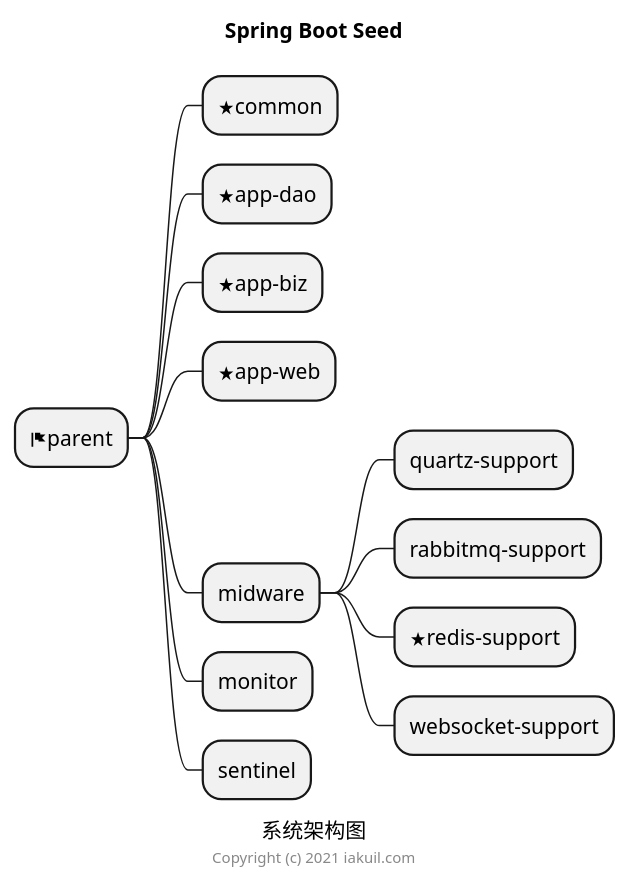
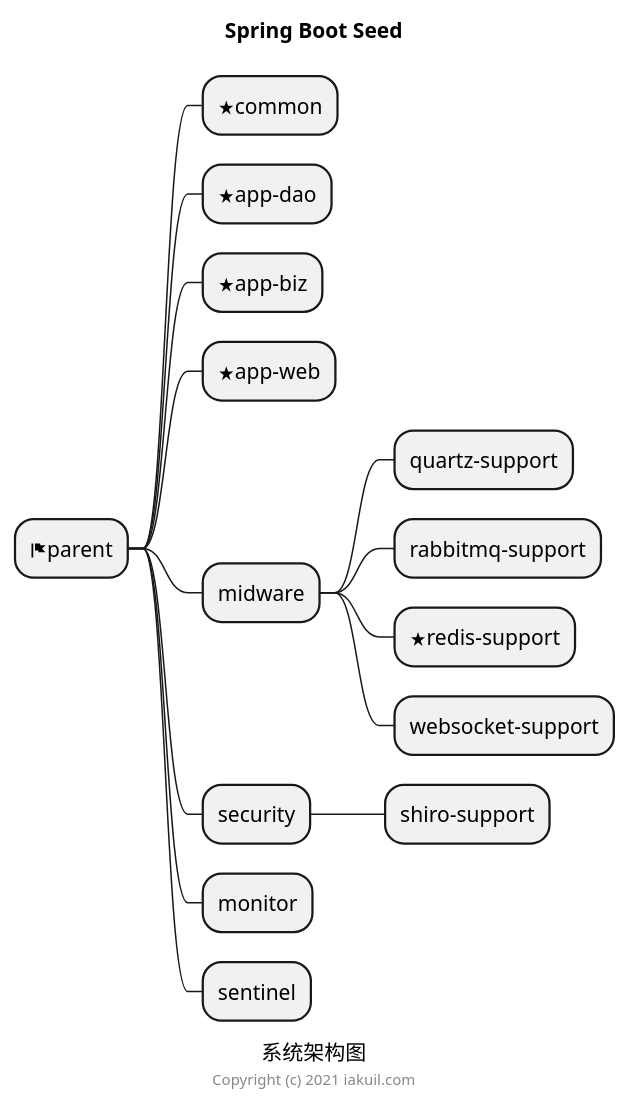
One commit to liukai237/spring-boot-seed changed the diagram in structure.puml. Above: the diagram before and after it, drawn with PlantUML. The commit also changed 4 other files, not shown here.

```diff
--- a/structure.puml
+++ b/structure.puml
@@ -1,19 +1,21 @@
 @startmindmap
 caption 系统架构图
 title Spring Boot Seed
 
 * <&flag>parent
 ** <&star>common
 ** <&star>app-dao
 ** <&star>app-biz
 ** <&star>app-web
 ** midware
 *** quartz-support
 *** rabbitmq-support
 *** <&star>redis-support
 *** websocket-support
+** security
+*** shiro-support
 ** monitor
 ** sentinel
 
 center footer Copyright (c) 2021 iakuil.com
 @endmindmap
```
